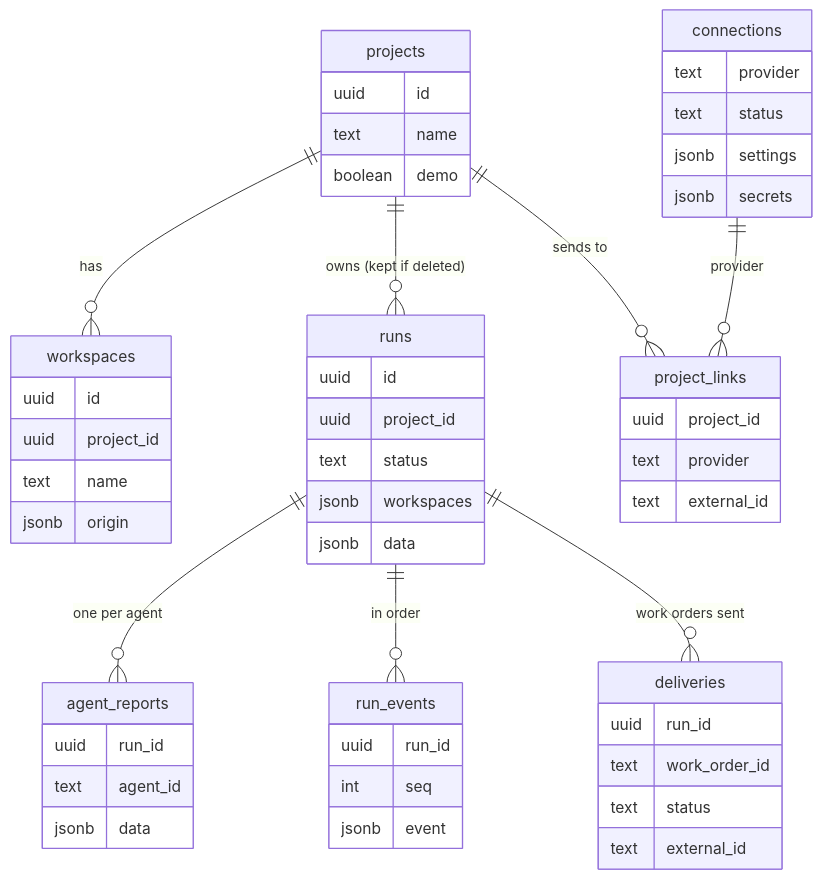
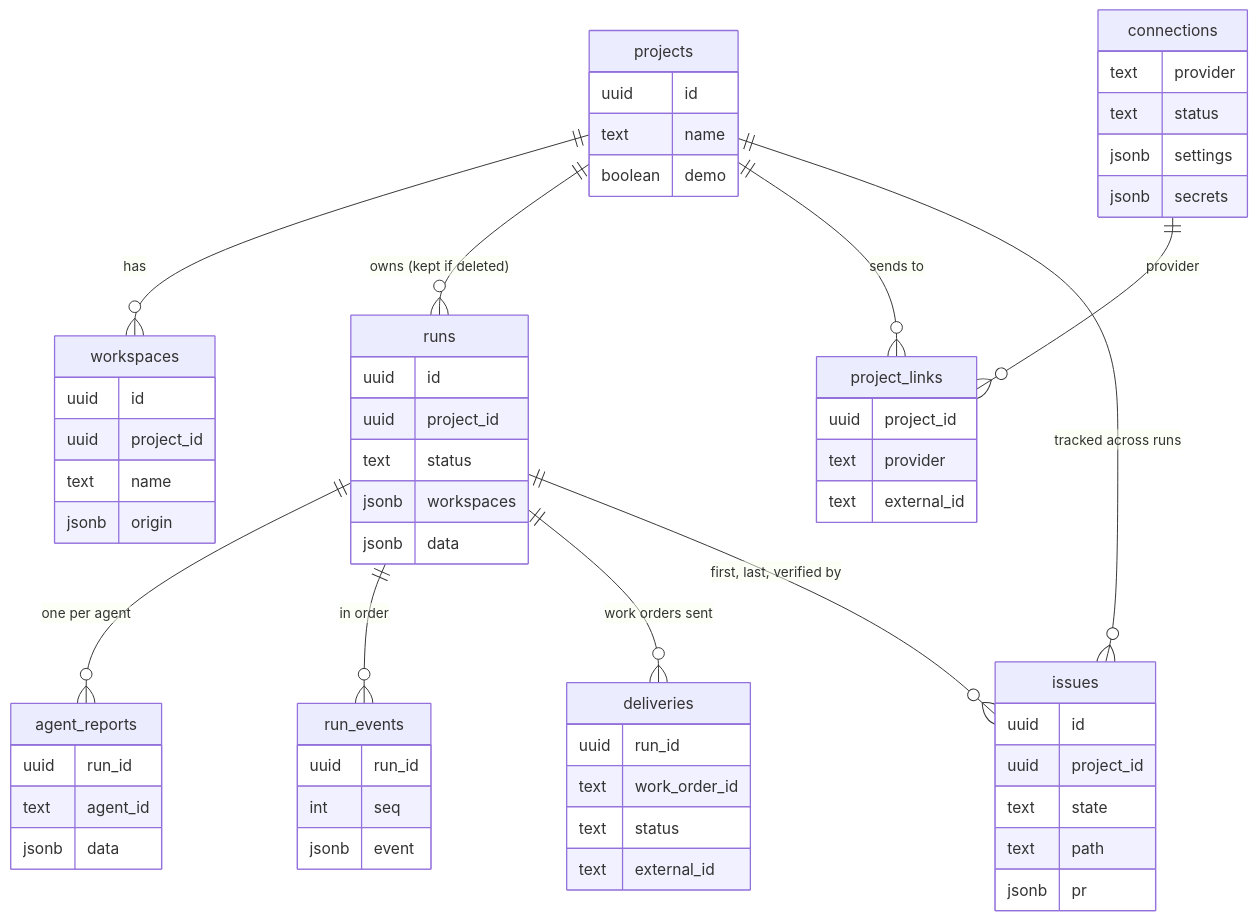
The tenth of 11 diagrams in docs/architecture.md (rvren/windtunnel), drawn with Mermaid before and after one commit. The commit also changed other lines of this file and 42 other files, not shown here.

````diff
--- a/docs/architecture.md
+++ b/docs/architecture.md
@@ -330,19 +350,22 @@
 ```mermaid
 erDiagram
   projects ||--o{ workspaces : has
   projects ||--o{ runs : "owns (kept if deleted)"
   projects ||--o{ project_links : "sends to"
   runs ||--o{ agent_reports : "one per agent"
   runs ||--o{ run_events : "in order"
   runs ||--o{ deliveries : "work orders sent"
+  projects ||--o{ issues : "tracked across runs"
+  runs ||--o{ issues : "first, last, verified by"
   connections ||--o{ project_links : "provider"
 
   projects { uuid id text name boolean demo }
   workspaces { uuid id uuid project_id text name jsonb origin }
   runs { uuid id uuid project_id text status jsonb workspaces jsonb data }
   agent_reports { uuid run_id text agent_id jsonb data }
   run_events { uuid run_id int seq jsonb event }
   connections { text provider text status jsonb settings jsonb secrets }
   project_links { uuid project_id text provider text external_id }
   deliveries { uuid run_id text work_order_id text status text external_id }
+  issues { uuid id uuid project_id text state text path jsonb pr }
 ```
````
